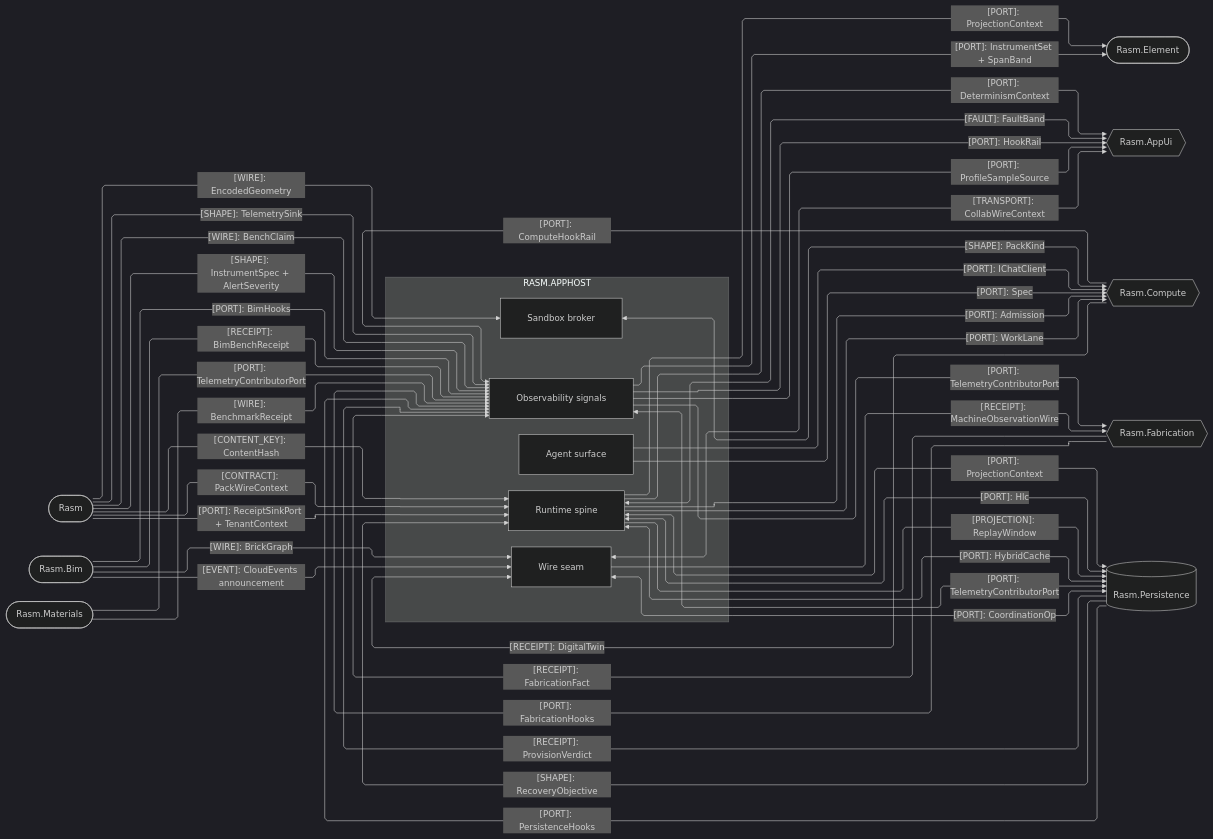
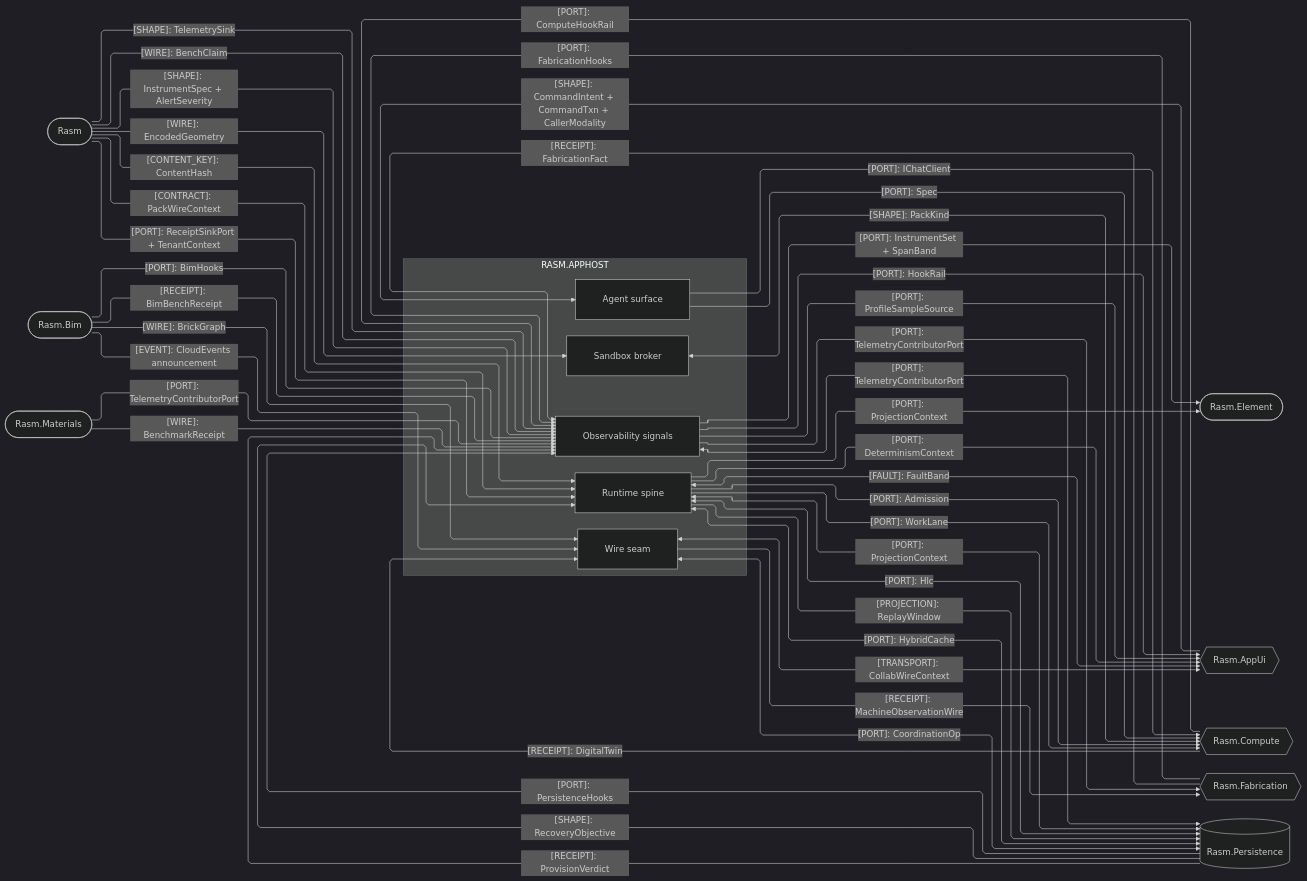
The third of 4 diagrams in libs/csharp/Rasm.AppHost/ARCHITECTURE.md (bsamiee/Rasm), drawn with Mermaid (dark theme) before and after one commit. The commit also changed 272 other files, not shown here.

````diff
--- a/libs/csharp/Rasm.AppHost/ARCHITECTURE.md
+++ b/libs/csharp/Rasm.AppHost/ARCHITECTURE.md
@@ -153,67 +153,68 @@
 ```mermaid
 ---
 config:
   layout: elk
   flowchart:
     curve: linear
     padding: 25
 ---
 flowchart LR
     accTitle: AppHost C# platform seams
     accDescr: Which ports, wires, receipts, and content keys cross between AppHost and every C# peer.
     subgraph apphost[RASM.APPHOST]
         Runtime[Runtime spine]
         Agent[Agent surface]
         Wire[Wire seam]
         Sandbox[Sandbox broker]
         Observability[Observability signals]
     end
     Kernel([Rasm])
     Bim([Rasm.Bim])
     Element([Rasm.Element])
     Materials([Rasm.Materials])
     AppUi{{Rasm.AppUi}}
     Compute{{Rasm.Compute}}
     Fabrication{{Rasm.Fabrication}}
     Persistence[(Rasm.Persistence)]
     Kernel e1@-->|"[WIRE]: EncodedGeometry"| Sandbox
     Kernel e2@-->|"[SHAPE]: TelemetrySink"| Observability
     Kernel e3@-->|"[WIRE]: BenchClaim"| Observability
     Kernel e4@-->|"[SHAPE]: InstrumentSpec + AlertSeverity"| Observability
     Kernel e5@-->|"[CONTENT_KEY]: ContentHash"| Runtime
     Kernel e6@-->|"[CONTRACT]: PackWireContext"| Runtime
     Kernel e7@-->|"[PORT]: ReceiptSinkPort + TenantContext"| Runtime
     Bim e8@-->|"[PORT]: BimHooks"| Observability
     Bim e9@-->|"[RECEIPT]: BimBenchReceipt"| Observability
     Bim e10@-->|"[EVENT]: CloudEvents announcement"| Wire
     Bim e11@-->|"[WIRE]: BrickGraph"| Wire
     Runtime e12@-->|"[PORT]: ProjectionContext"| Element
     Observability e13@-->|"[PORT]: InstrumentSet + SpanBand"| Element
     Materials e14@-->|"[PORT]: TelemetryContributorPort"| Observability
     Materials e15@-->|"[WIRE]: BenchmarkReceipt"| Observability
     Runtime e16@-->|"[PORT]: DeterminismContext"| AppUi
     Runtime e17@<-->|"[PORT]: ProjectionContext"| Persistence
     Wire e18@<-->|"[PORT]: CoordinationOp"| Persistence
     Runtime e19@<-->|"[PORT]: Hlc"| Persistence
     Persistence e20@-->|"[SHAPE]: RecoveryObjective"| Runtime
     Runtime e21@-->|"[PROJECTION]: ReplayWindow"| Persistence
     Runtime e22@<-->|"[PORT]: HybridCache"| Persistence
     Persistence e23@-->|"[RECEIPT]: ProvisionVerdict"| Observability
     Observability e24@<-->|"[PORT]: TelemetryContributorPort"| Persistence
     Persistence e25@-->|"[PORT]: PersistenceHooks"| Observability
     Observability e26@-->|"[PORT]: HookRail"| AppUi
     Runtime e27@<-->|"[FAULT]: FaultBand"| AppUi
     Observability e28@-->|"[PORT]: ProfileSampleSource"| AppUi
     Fabrication e29@-->|"[RECEIPT]: FabricationFact"| Observability
     Fabrication e30@-->|"[PORT]: FabricationHooks"| Observability
     Observability e31@-->|"[PORT]: TelemetryContributorPort"| Fabrication
     Wire e32@-->|"[RECEIPT]: MachineObservationWire"| Fabrication
     Runtime e33@-->|"[PORT]: Admission"| Compute
     Runtime e34@-->|"[PORT]: WorkLane"| Compute
     Agent e35@-->|"[PORT]: IChatClient"| Compute
     Agent e36@-->|"[PORT]: Spec"| Compute
     Compute e37@-->|"[PORT]: ComputeHookRail"| Observability
     Compute e38@-->|"[RECEIPT]: DigitalTwin"| Wire
     Wire e39@<-->|"[TRANSPORT]: CollabWireContext"| AppUi
     Sandbox e40@<-->|"[SHAPE]: PackKind"| Compute
+    AppUi e41@-->|"[SHAPE]: CommandIntent + CommandTxn + CallerModality"| Agent
 ```
````
